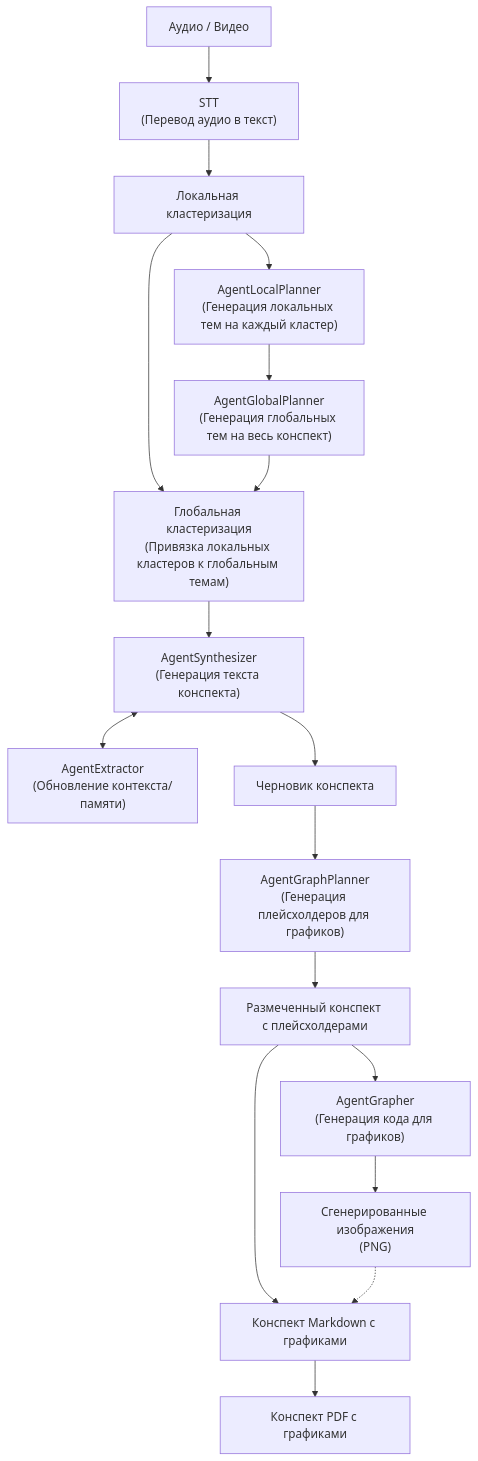
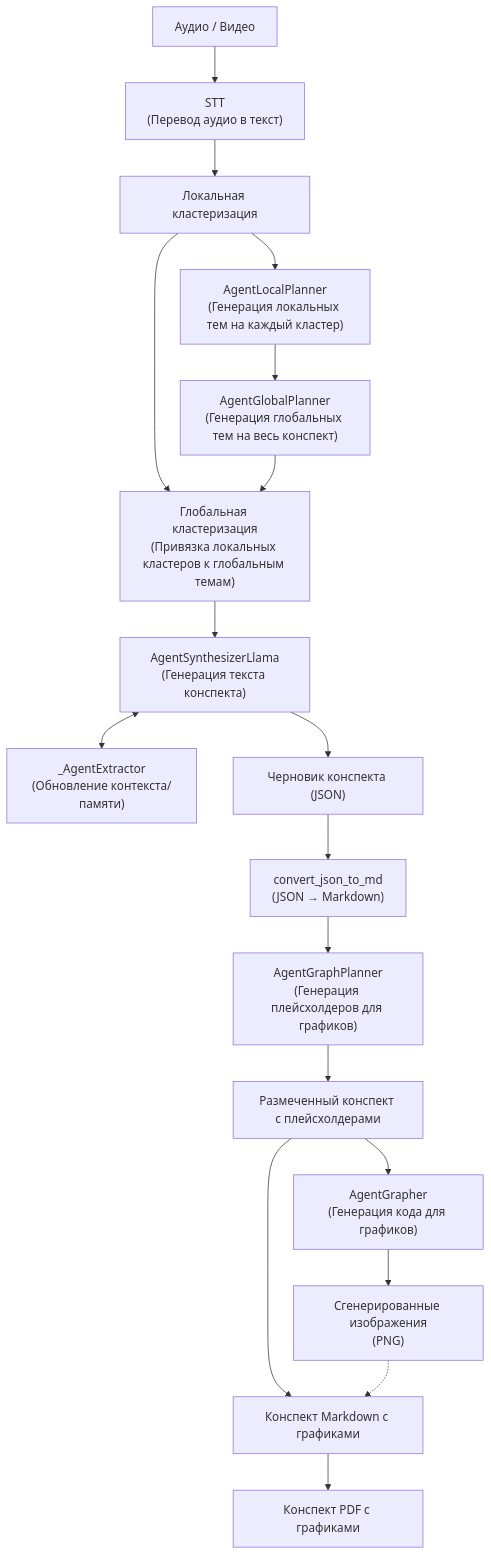
One commit to m4deme1ns4ne/LongConspectWriter changed the diagram in README.md. Above: the diagram before and after it, drawn with Mermaid. The commit also changed other lines of this file, not shown here.

````diff
--- a/README.md
+++ b/README.md
@@ -21,29 +21,30 @@
 ```mermaid
 flowchart TD
     %% Входные данные
     Audio["Аудио / Видео"] --> STT["STT<br/>(Перевод аудио в текст)"]
 
     %% Кластеризация и планирование
     STT --> LCluster["Локальная кластеризация"]
     LCluster --> LPlanner["AgentLocalPlanner<br/>(Генерация локальных тем на каждый кластер)"]
     LPlanner --> GPlanner["AgentGlobalPlanner<br/>(Генерация глобальных тем на весь конспект)"]
     LCluster --> GCluster["Глобальная кластеризация<br/>(Привязка локальных кластеров к глобальным темам)"]
     GPlanner --> GCluster
 
     %% Синтез текста
-    GCluster --> Synthesizer["AgentSynthesizer<br/>(Генерация текста конспекта)"]
-    Synthesizer <--> Extractor["AgentExtractor<br/>(Обновление контекста/памяти)"]
-    Synthesizer --> DraftJSON["Черновик конспекта"]
+    GCluster --> Synthesizer["AgentSynthesizerLlama<br/>(Генерация текста конспекта)"]
+    Synthesizer <--> Extractor["_AgentExtractor<br/>(Обновление контекста/памяти)"]
+    Synthesizer --> DraftJSON["Черновик конспекта (JSON)"]
+    DraftJSON --> ConvertMD["convert_json_to_md<br/>(JSON → Markdown)"]
 
     %% Мультиагентный визуализатор
-    DraftJSON --> GraphPlanner["AgentGraphPlanner<br/>(Генерация плейсхолдеров для графиков)"]
+    ConvertMD --> GraphPlanner["AgentGraphPlanner<br/>(Генерация плейсхолдеров для графиков)"]
     GraphPlanner --> TaggedMD["Размеченный конспект с плейсхолдерами"]
     TaggedMD --> Grapher["AgentGrapher<br/>(Генерация кода для графиков)"]
     Grapher --> Images["Сгенерированные изображения<br/>(PNG)"]
 
     %% Финальная сборка
     TaggedMD --> FinalMD["Сборщик конспекта<br/>(Вставка HTML-тегов)"]
     Images -.-> FinalMD
     FinalMD["Конспект Markdown с графиками"]
     FinalMD --> FinalPDF["Конспект PDF с графиками"]
 ```
````
